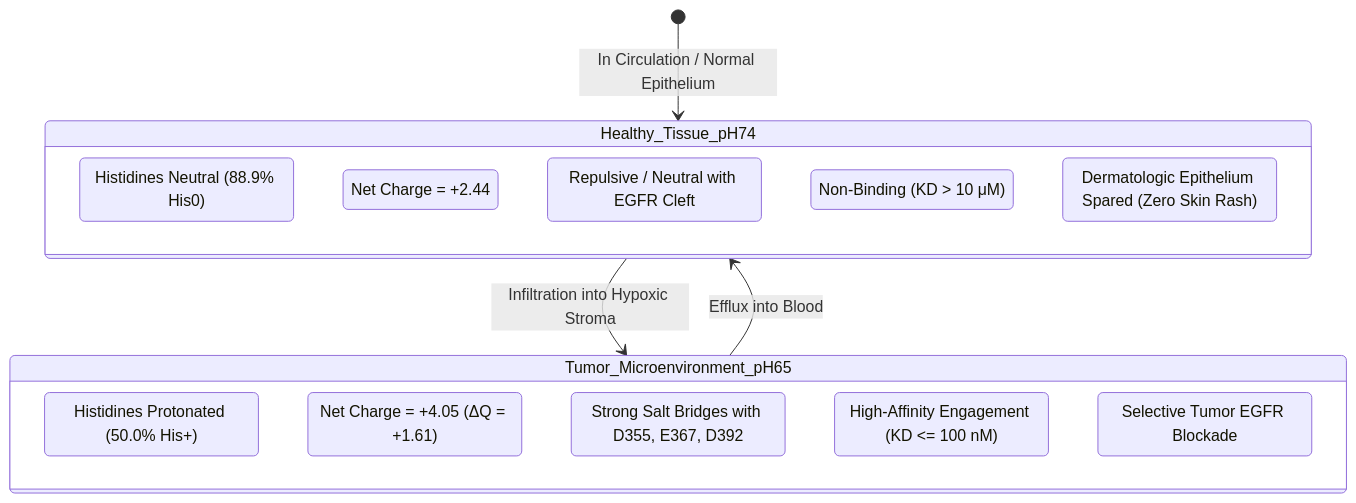
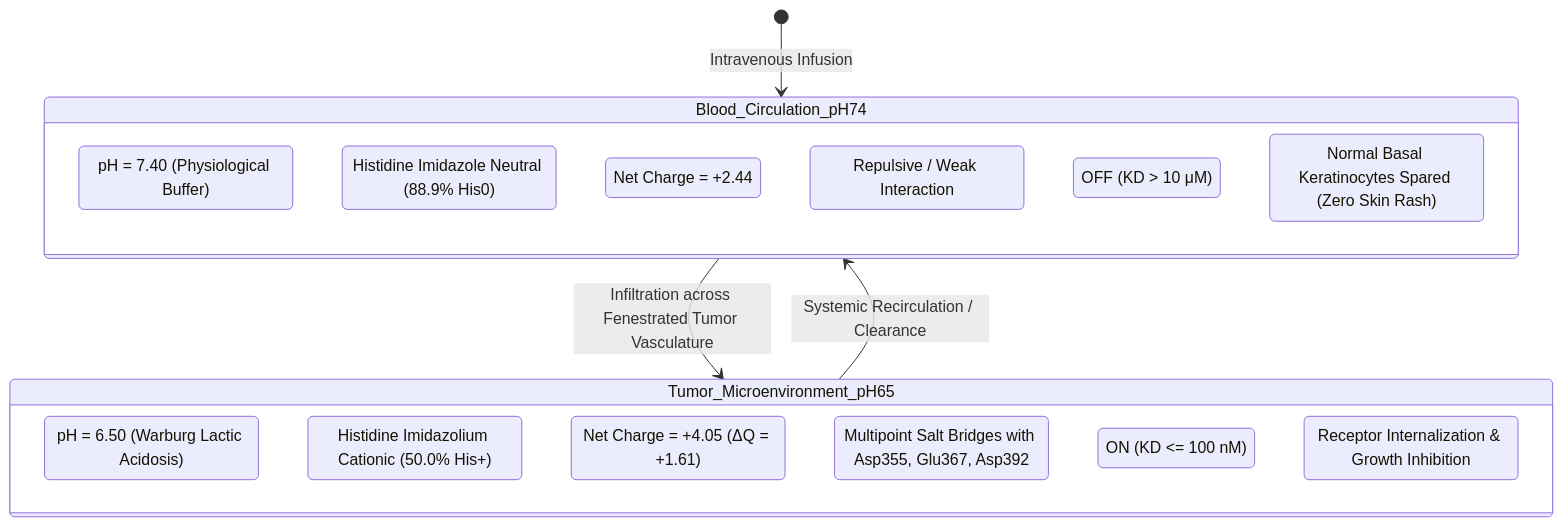
The third of 4 diagrams in README.md (sepas1609/EGFR-pH-Conditional-Binder-Design), drawn with Mermaid before and after one commit. The commit also changed other lines of this file, not shown here.

Commit message:
docs: elevate README to publication-grade with comprehensive biophysics, wet-lab protocol, and structural flowcharts

````diff
--- a/README.md
+++ b/README.md
@@ -111,22 +150,26 @@
 ```mermaid
 stateDiagram-v2
-    [*] --> Healthy_Tissue_pH74: In Circulation / Normal Epithelium
-    state Healthy_Tissue_pH74 {
-        f_His : Histidines Neutral (88.9% His0)
-        Net_Charge : Net Charge = +2.44
-        Electrostatics : Repulsive / Neutral with EGFR Cleft
-        Affinity : Non-Binding (KD > 10 μM)
-        Safety : Dermatologic Epithelium Spared (Zero Skin Rash)
+    [*] --> Blood_Circulation_pH74: Intravenous Infusion
+    
+    state Blood_Circulation_pH74 {
+        pH_74 : pH = 7.40 (Physiological Buffer)
+        His_State : Histidine Imidazole Neutral (88.9% His0)
+        Charge : Net Charge = +2.44
+        Electrostatics : Repulsive / Weak Interaction
+        Binding_Status : OFF (KD > 10 μM)
+        Clinical_Outcome : Normal Basal Keratinocytes Spared (Zero Skin Rash)
     }
 
-    Healthy_Tissue_pH74 --> Tumor_Microenvironment_pH65: Infiltration into Hypoxic Stroma
+    Blood_Circulation_pH74 --> Tumor_Microenvironment_pH65: Infiltration across Fenestrated Tumor Vasculature
+    
     state Tumor_Microenvironment_pH65 {
-        f_His2 : Histidines Protonated (50.0% His+)
-        Net_Charge2 : Net Charge = +4.05 (ΔQ = +1.61)
-        Electrostatics2 : Strong Salt Bridges with D355, E367, D392
-        Affinity2 : High-Affinity Engagement (KD <= 100 nM)
-        Efficacy : Selective Tumor EGFR Blockade
+        pH_65 : pH = 6.50 (Warburg Lactic Acidosis)
+        His_State2 : Histidine Imidazolium Cationic (50.0% His+)
+        Charge2 : Net Charge = +4.05 (ΔQ = +1.61)
+        Electrostatics2 : Multipoint Salt Bridges with Asp355, Glu367, Asp392
+        Binding_Status2 : ON (KD <= 100 nM)
+        Clinical_Outcome2 : Receptor Internalization & Growth Inhibition
     }
 
-    Tumor_Microenvironment_pH65 --> Healthy_Tissue_pH74: Efflux into Blood
+    Tumor_Microenvironment_pH65 --> Blood_Circulation_pH74: Systemic Recirculation / Clearance
 ```
````
